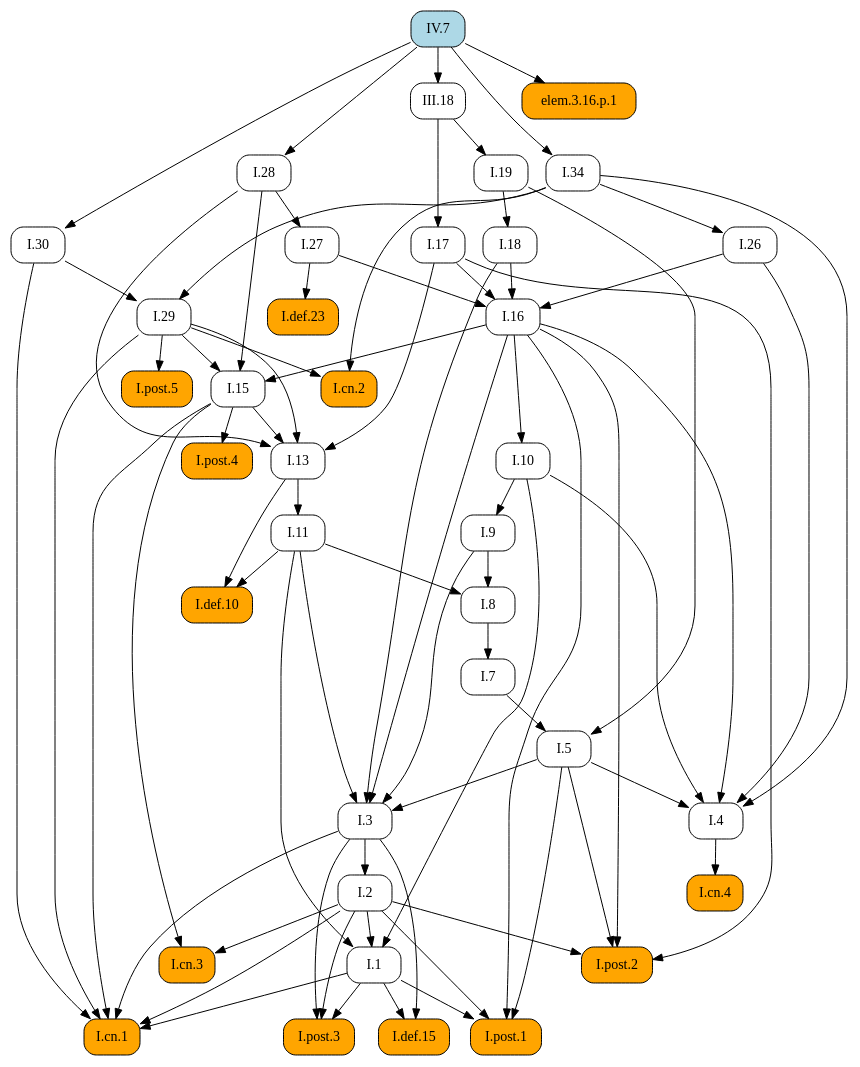
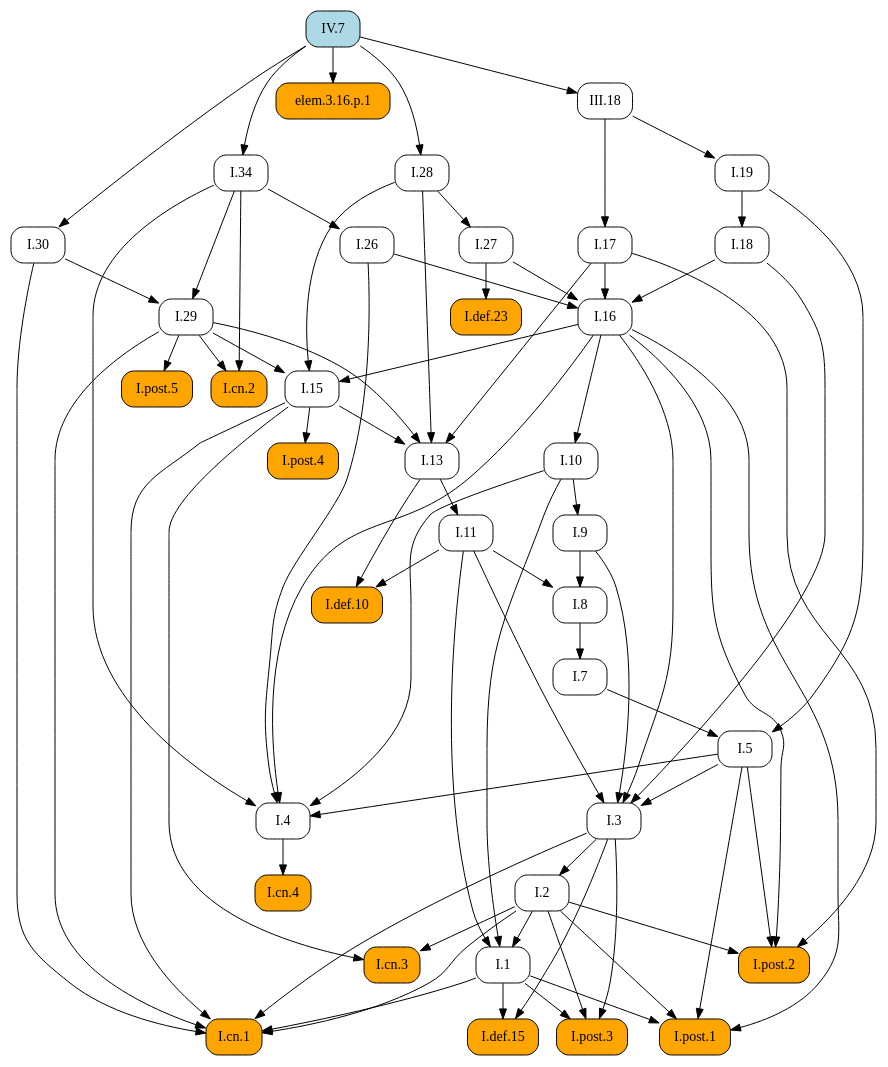
Before and after one commit to geometor/elements: the diagram in docsrc/heath/IV/7/index.rst, drawn with Graphviz. The commit also changed other lines of this file and 1029 other files, not shown here.

```diff
--- a/docsrc/heath/IV/7/index.rst
+++ b/docsrc/heath/IV/7/index.rst
@@ -105,115 +105,115 @@
    digraph {
      rankdir="TB";
      node [shape=box, style=rounded];
-     "I.cn.3" [style="rounded,filled", fillcolor=orange, URL="/heath/I/cn.3/", target="_top"];
-     "I.30" [URL="/heath/I/30/", target="_top"];
-     "I.29" [URL="/heath/I/29/", target="_top"];
-     "I.7" [URL="/heath/I/7/", target="_top"];
-     "I.27" [URL="/heath/I/27/", target="_top"];
-     "I.def.23" [style="rounded,filled", fillcolor=orange, URL="/heath/I/def.23/", target="_top"];
-     "I.34" [URL="/heath/I/34/", target="_top"];
-     "I.8" [URL="/heath/I/8/", target="_top"];
-     "I.9" [URL="/heath/I/9/", target="_top"];
+     "I.def.10" [style="rounded,filled", fillcolor=orange, URL="/heath/I/def.10/", target="_top"];
+     "I.11" [URL="/heath/I/11/", target="_top"];
      "I.post.4" [style="rounded,filled", fillcolor=orange, URL="/heath/I/post.4/", target="_top"];
-     "I.2" [URL="/heath/I/2/", target="_top"];
      "I.28" [URL="/heath/I/28/", target="_top"];
      "I.1" [URL="/heath/I/1/", target="_top"];
+     "I.26" [URL="/heath/I/26/", target="_top"];
+     "I.29" [URL="/heath/I/29/", target="_top"];
+     "I.cn.2" [style="rounded,filled", fillcolor=orange, URL="/heath/I/cn.2/", target="_top"];
+     "I.18" [URL="/heath/I/18/", target="_top"];
      "I.def.15" [style="rounded,filled", fillcolor=orange, URL="/heath/I/def.15/", target="_top"];
+     "I.post.3" [style="rounded,filled", fillcolor=orange, URL="/heath/I/post.3/", target="_top"];
+     "I.cn.1" [style="rounded,filled", fillcolor=orange, URL="/heath/I/cn.1/", target="_top"];
+     "I.30" [URL="/heath/I/30/", target="_top"];
+     "I.cn.3" [style="rounded,filled", fillcolor=orange, URL="/heath/I/cn.3/", target="_top"];
+     "elem.3.16.p.1" [style="rounded,filled", fillcolor=orange];
+     "IV.7" [style="rounded,filled", fillcolor=lightblue, URL="/heath/IV/7/", target="_top"];
      "I.post.1" [style="rounded,filled", fillcolor=orange, URL="/heath/I/post.1/", target="_top"];
+     "I.27" [URL="/heath/I/27/", target="_top"];
+     "I.7" [URL="/heath/I/7/", target="_top"];
+     "I.34" [URL="/heath/I/34/", target="_top"];
+     "I.3" [URL="/heath/I/3/", target="_top"];
+     "I.2" [URL="/heath/I/2/", target="_top"];
+     "I.4" [URL="/heath/I/4/", target="_top"];
+     "I.def.23" [style="rounded,filled", fillcolor=orange, URL="/heath/I/def.23/", target="_top"];
+     "I.13" [URL="/heath/I/13/", target="_top"];
+     "I.17" [URL="/heath/I/17/", target="_top"];
+     "I.post.2" [style="rounded,filled", fillcolor=orange, URL="/heath/I/post.2/", target="_top"];
+     "I.16" [URL="/heath/I/16/", target="_top"];
+     "I.19" [URL="/heath/I/19/", target="_top"];
+     "I.9" [URL="/heath/I/9/", target="_top"];
+     "I.8" [URL="/heath/I/8/", target="_top"];
+     "I.cn.4" [style="rounded,filled", fillcolor=orange, URL="/heath/I/cn.4/", target="_top"];
+     "I.15" [URL="/heath/I/15/", target="_top"];
+     "I.post.5" [style="rounded,filled", fillcolor=orange, URL="/heath/I/post.5/", target="_top"];
+     "I.10" [URL="/heath/I/10/", target="_top"];
      "III.18" [URL="/heath/III/18/", target="_top"];
-     "I.cn.4" [style="rounded,filled", fillcolor=orange, URL="/heath/I/cn.4/", target="_top"];
-     "I.26" [URL="/heath/I/26/", target="_top"];
-     "I.19" [URL="/heath/I/19/", target="_top"];
-     "elem.3.16.p.1" [style="rounded,filled", fillcolor=orange];
-     "I.13" [URL="/heath/I/13/", target="_top"];
-     "I.cn.2" [style="rounded,filled", fillcolor=orange, URL="/heath/I/cn.2/", target="_top"];
      "I.5" [URL="/heath/I/5/", target="_top"];
-     "I.11" [URL="/heath/I/11/", target="_top"];
-     "I.10" [URL="/heath/I/10/", target="_top"];
-     "I.4" [URL="/heath/I/4/", target="_top"];
-     "I.3" [URL="/heath/I/3/", target="_top"];
-     "I.16" [URL="/heath/I/16/", target="_top"];
-     "I.def.10" [style="rounded,filled", fillcolor=orange, URL="/heath/I/def.10/", target="_top"];
-     "I.post.2" [style="rounded,filled", fillcolor=orange, URL="/heath/I/post.2/", target="_top"];
-     "I.post.3" [style="rounded,filled", fillcolor=orange, URL="/heath/I/post.3/", target="_top"];
-     "I.post.5" [style="rounded,filled", fillcolor=orange, URL="/heath/I/post.5/", target="_top"];
-     "I.15" [URL="/heath/I/15/", target="_top"];
-     "I.17" [URL="/heath/I/17/", target="_top"];
-     "IV.7" [style="rounded,filled", fillcolor=lightblue, URL="/heath/IV/7/", target="_top"];
-     "I.cn.1" [style="rounded,filled", fillcolor=orange, URL="/heath/I/cn.1/", target="_top"];
-     "I.18" [URL="/heath/I/18/", target="_top"];
-     "I.2" -> "I.cn.3";
-     "I.15" -> "I.cn.3";
-     "IV.7" -> "I.30";
-     "I.30" -> "I.29";
-     "I.34" -> "I.29";
-     "I.8" -> "I.7";
-     "I.28" -> "I.27";
-     "I.27" -> "I.def.23";
-     "IV.7" -> "I.34";
-     "I.9" -> "I.8";
-     "I.11" -> "I.8";
-     "I.10" -> "I.9";
+     "I.11" -> "I.def.10";
+     "I.13" -> "I.def.10";
+     "I.13" -> "I.11";
      "I.15" -> "I.post.4";
-     "I.3" -> "I.2";
      "IV.7" -> "I.28";
      "I.2" -> "I.1";
      "I.10" -> "I.1";
      "I.11" -> "I.1";
+     "I.34" -> "I.26";
+     "I.30" -> "I.29";
+     "I.34" -> "I.29";
+     "I.29" -> "I.cn.2";
+     "I.34" -> "I.cn.2";
+     "I.19" -> "I.18";
      "I.1" -> "I.def.15";
      "I.3" -> "I.def.15";
-     "I.1" -> "I.post.1";
-     "I.2" -> "I.post.1";
-     "I.5" -> "I.post.1";
-     "I.16" -> "I.post.1";
-     "IV.7" -> "III.18";
-     "I.4" -> "I.cn.4";
-     "I.34" -> "I.26";
-     "III.18" -> "I.19";
-     "IV.7" -> "elem.3.16.p.1";
-     "I.15" -> "I.13";
-     "I.17" -> "I.13";
-     "I.28" -> "I.13";
-     "I.29" -> "I.13";
-     "I.29" -> "I.cn.2";
-     "I.34" -> "I.cn.2";
-     "I.7" -> "I.5";
-     "I.19" -> "I.5";
-     "I.13" -> "I.11";
-     "I.16" -> "I.10";
-     "I.5" -> "I.4";
-     "I.10" -> "I.4";
-     "I.16" -> "I.4";
-     "I.26" -> "I.4";
-     "I.34" -> "I.4";
-     "I.5" -> "I.3";
-     "I.9" -> "I.3";
-     "I.11" -> "I.3";
-     "I.16" -> "I.3";
-     "I.18" -> "I.3";
-     "I.17" -> "I.16";
-     "I.18" -> "I.16";
-     "I.26" -> "I.16";
-     "I.27" -> "I.16";
-     "I.11" -> "I.def.10";
-     "I.13" -> "I.def.10";
-     "I.2" -> "I.post.2";
-     "I.5" -> "I.post.2";
-     "I.16" -> "I.post.2";
-     "I.17" -> "I.post.2";
      "I.1" -> "I.post.3";
      "I.2" -> "I.post.3";
      "I.3" -> "I.post.3";
-     "I.29" -> "I.post.5";
-     "I.16" -> "I.15";
-     "I.28" -> "I.15";
-     "I.29" -> "I.15";
-     "III.18" -> "I.17";
      "I.1" -> "I.cn.1";
      "I.2" -> "I.cn.1";
      "I.3" -> "I.cn.1";
      "I.15" -> "I.cn.1";
      "I.29" -> "I.cn.1";
      "I.30" -> "I.cn.1";
-     "I.19" -> "I.18";
+     "IV.7" -> "I.30";
+     "I.2" -> "I.cn.3";
+     "I.15" -> "I.cn.3";
+     "IV.7" -> "elem.3.16.p.1";
+     "I.1" -> "I.post.1";
+     "I.2" -> "I.post.1";
+     "I.5" -> "I.post.1";
+     "I.16" -> "I.post.1";
+     "I.28" -> "I.27";
+     "I.8" -> "I.7";
+     "IV.7" -> "I.34";
+     "I.5" -> "I.3";
+     "I.9" -> "I.3";
+     "I.11" -> "I.3";
+     "I.16" -> "I.3";
+     "I.18" -> "I.3";
+     "I.3" -> "I.2";
+     "I.5" -> "I.4";
+     "I.10" -> "I.4";
+     "I.16" -> "I.4";
+     "I.26" -> "I.4";
+     "I.34" -> "I.4";
+     "I.27" -> "I.def.23";
+     "I.15" -> "I.13";
+     "I.17" -> "I.13";
+     "I.28" -> "I.13";
+     "I.29" -> "I.13";
+     "III.18" -> "I.17";
+     "I.2" -> "I.post.2";
+     "I.5" -> "I.post.2";
+     "I.16" -> "I.post.2";
+     "I.17" -> "I.post.2";
+     "I.17" -> "I.16";
+     "I.18" -> "I.16";
+     "I.26" -> "I.16";
+     "I.27" -> "I.16";
+     "III.18" -> "I.19";
+     "I.10" -> "I.9";
+     "I.9" -> "I.8";
+     "I.11" -> "I.8";
+     "I.4" -> "I.cn.4";
+     "I.16" -> "I.15";
+     "I.28" -> "I.15";
+     "I.29" -> "I.15";
+     "I.29" -> "I.post.5";
+     "I.16" -> "I.10";
+     "IV.7" -> "III.18";
+     "I.7" -> "I.5";
+     "I.19" -> "I.5";
    }
```
